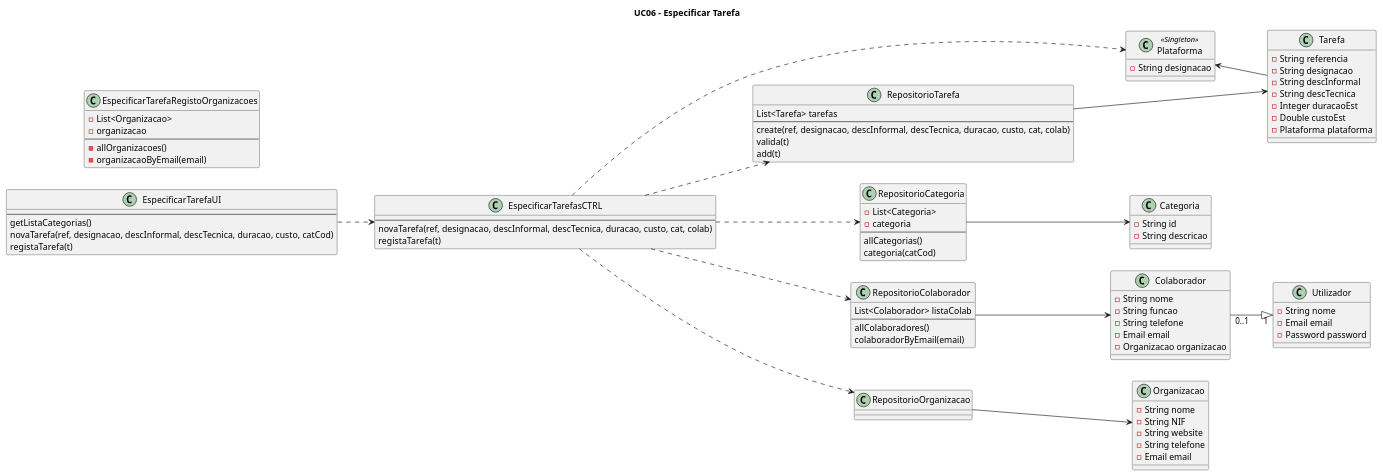
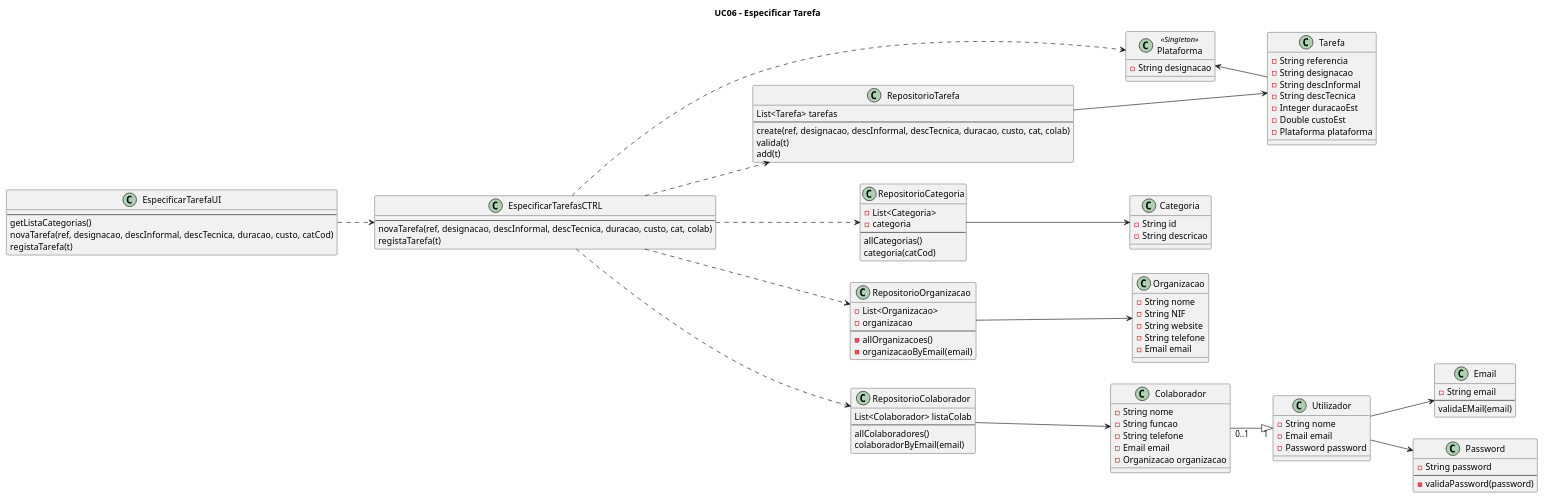
One commit to blestonbandeiraUPSKILL/upskill_java1_labprg_grupo2 changed the diagram in Sprint 2/UC06_Especificar_Tarefa/UC06_Especificar_Tarefa_Diagrama_Classes.puml. Above: the diagram before and after it, drawn with PlantUML.

```diff
--- a/Sprint 2/UC06_Especificar_Tarefa/UC06_Especificar_Tarefa_Diagrama_Classes.puml
+++ b/Sprint 2/UC06_Especificar_Tarefa/UC06_Especificar_Tarefa_Diagrama_Classes.puml
@@ -1,104 +1,118 @@
 @startuml
 
 title UC06 - Especificar Tarefa
 left to right direction
 
 class Plataforma <<Singleton>> {
     -String designacao
 }
 
 class EspecificarTarefaUI {
     --
     getListaCategorias()
     novaTarefa(ref, designacao, descInformal, descTecnica, duracao, custo, catCod)
     registaTarefa(t)
 }
 
 class EspecificarTarefasCTRL {
     --
     novaTarefa(ref, designacao, descInformal, descTecnica, duracao, custo, cat, colab)
     registaTarefa(t)
 }
 
 class RepositorioTarefa {
     List<Tarefa> tarefas
     --
     create(ref, designacao, descInformal, descTecnica, duracao, custo, cat, colab)
     valida(t)
     add(t)
 }
 
 class RepositorioCategoria {
     -List<Categoria>
     -categoria
     --
     allCategorias()
     categoria(catCod)
 }
 
-class EspecificarTarefaRegistoOrganizacoes {
+class RepositorioOrganizacao {
     -List<Organizacao>
     -organizacao
     --
     -allOrganizacoes()
     -organizacaoByEmail(email)
 }
 
 class RepositorioColaborador {
     List<Colaborador> listaColab
     --
     allColaboradores()
     colaboradorByEmail(email)
 }
 
 class Organizacao {
     -String nome
     -String NIF
     -String website
     -String telefone
     -Email email
 }
 
 class Colaborador {
     -String nome
     -String funcao
     -String telefone
     -Email email
     -Organizacao organizacao
 }
 
 class Tarefa {
     -String referencia
     -String designacao
     -String descInformal
     -String descTecnica
     -Integer duracaoEst
     -Double custoEst
     -Plataforma plataforma
 }
 
 class Utilizador {
     -String nome
     -Email email
     -Password password
 }
 
 class Categoria {
     -String id
     -String descricao
 }
 
+class Email {
+    -String email
+    --
+    validaEMail(email)
+}
+
+class Password {
+    -String password
+    --
+    -validaPassword(password)
+}
+
 Colaborador"0..1" --|> "1"Utilizador
 EspecificarTarefaUI ..> EspecificarTarefasCTRL
 EspecificarTarefasCTRL ..> Plataforma
 EspecificarTarefasCTRL ..> RepositorioCategoria
 EspecificarTarefasCTRL ..> RepositorioTarefa
 EspecificarTarefasCTRL ..> RepositorioOrganizacao
 RepositorioOrganizacao --> Organizacao
 EspecificarTarefasCTRL ..> RepositorioColaborador
 RepositorioColaborador --> Colaborador
 RepositorioTarefa ---> Tarefa
 RepositorioCategoria --> Categoria
 Plataforma <-- Tarefa
+Utilizador --> Email
+Utilizador --> Password
 
 @enduml
```
